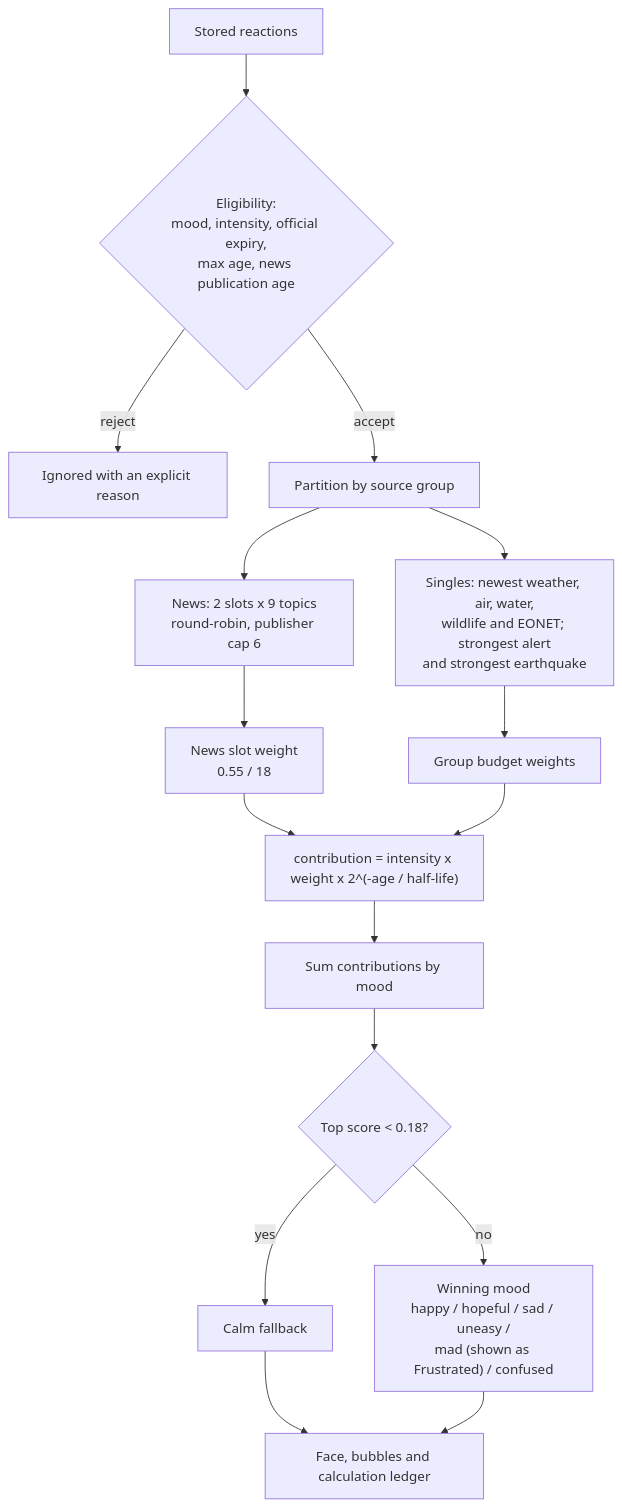
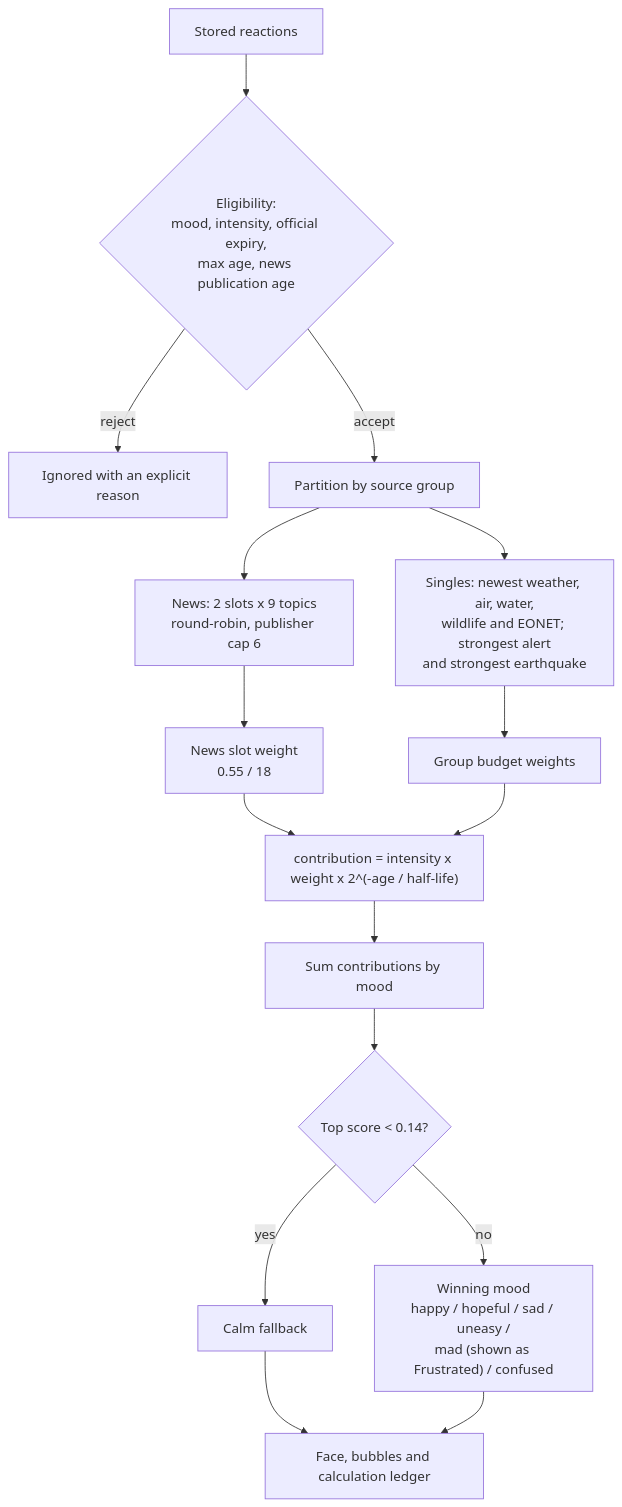
One commit to slayyyyer/murmur changed the diagram in docs/diagrams/mood-model.mmd. Above: the diagram before and after it, drawn with Mermaid. The commit also changed 5 other files, not shown here.

```diff
--- a/docs/diagrams/mood-model.mmd
+++ b/docs/diagrams/mood-model.mmd
@@ -1,18 +1,18 @@
 flowchart TD
   R["Stored reactions"] --> E{"Eligibility:<br/>mood, intensity, official expiry,<br/>max age, news publication age"}
   E -->|"reject"| X["Ignored with an explicit reason"]
   E -->|"accept"| G["Partition by source group"]
 
   G --> N["News: 2 slots x 9 topics<br/>round-robin, publisher cap 6"]
   G --> S["Singles: newest weather, air, water,<br/>wildlife and EONET; strongest alert<br/>and strongest earthquake"]
 
   N --> W["News slot weight<br/>0.55 / 18"]
   S --> W2["Group budget weights"]
   W --> D["contribution = intensity x weight x 2^(-age / half-life)"]
   W2 --> D
   D --> A["Sum contributions by mood"]
-  A --> T{"Top score < 0.18?"}
+  A --> T{"Top score < 0.14?"}
   T -->|"yes"| C["Calm fallback"]
   T -->|"no"| M["Winning mood<br/>happy / hopeful / sad / uneasy /<br/>mad (shown as Frustrated) / confused"]
   C --> F["Face, bubbles and calculation ledger"]
   M --> F
```
